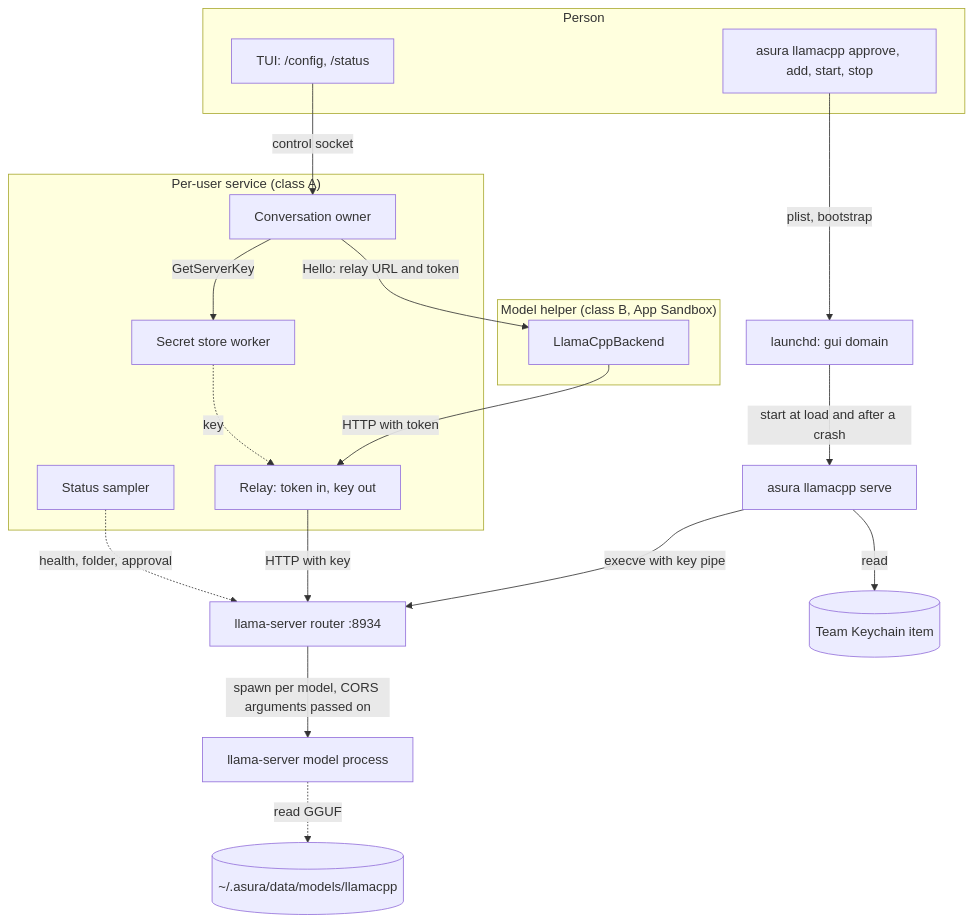
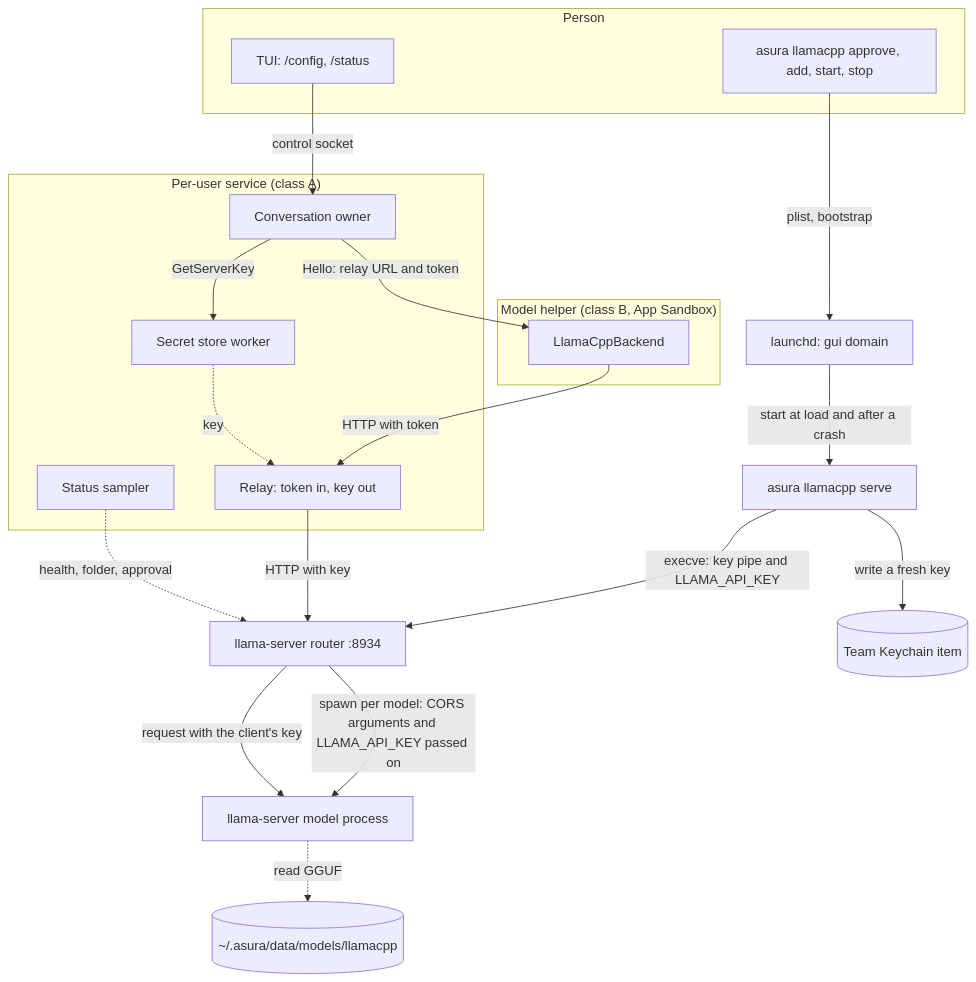
One commit to pidster/asura changed the first of 8 diagrams in docs/designs/llamacpp-backend.md. Above: the diagram before and after it, drawn with Mermaid. The commit also changed other lines of this file and 5 other files, not shown here.

First line of the commit message:
Design LCQ3: a fresh llama-server key at every start

````diff
--- a/docs/designs/llamacpp-backend.md
+++ b/docs/designs/llamacpp-backend.md
@@ -202,35 +240,36 @@
 ```mermaid
 flowchart TB
     subgraph Person["Person"]
         CLI["asura llamacpp approve, add, start, stop"]
         TUI["TUI: /config, /status"]
     end
     subgraph Service["Per-user service (class A)"]
         Conv["Conversation owner"]
         Store["Secret store worker"]
         Relay["Relay: token in, key out"]
         Obs["Status sampler"]
     end
     subgraph Helper["Model helper (class B, App Sandbox)"]
         Back["LlamaCppBackend"]
     end
     LD["launchd: gui domain"]
     Serve["asura llamacpp serve"]
     Router["llama-server router :8934"]
     ModelP["llama-server model process"]
     Files[("~/.asura/data/models/llamacpp")]
     KC[("Team Keychain item")]
     CLI -->|"plist, bootstrap"| LD
     LD -->|"start at load and after a crash"| Serve
-    Serve -->|"read"| KC
-    Serve -->|"execve with key pipe"| Router
-    Router -->|"spawn per model, CORS arguments passed on"| ModelP
+    Serve -->|"write a fresh key"| KC
+    Serve -->|"execve: key pipe and LLAMA_API_KEY"| Router
+    Router -->|"spawn per model: CORS arguments and LLAMA_API_KEY passed on"| ModelP
     ModelP -.->|"read GGUF"| Files
     Conv -->|"Hello: relay URL and token"| Back
     Back -->|"HTTP with token"| Relay
     Conv -->|"GetServerKey"| Store
     Store -.->|"key"| Relay
     Relay -->|"HTTP with key"| Router
+    Router -->|"request with the client's key"| ModelP
     Obs -.->|"health, folder, approval"| Router
     TUI -->|"control socket"| Conv
 ```
````
